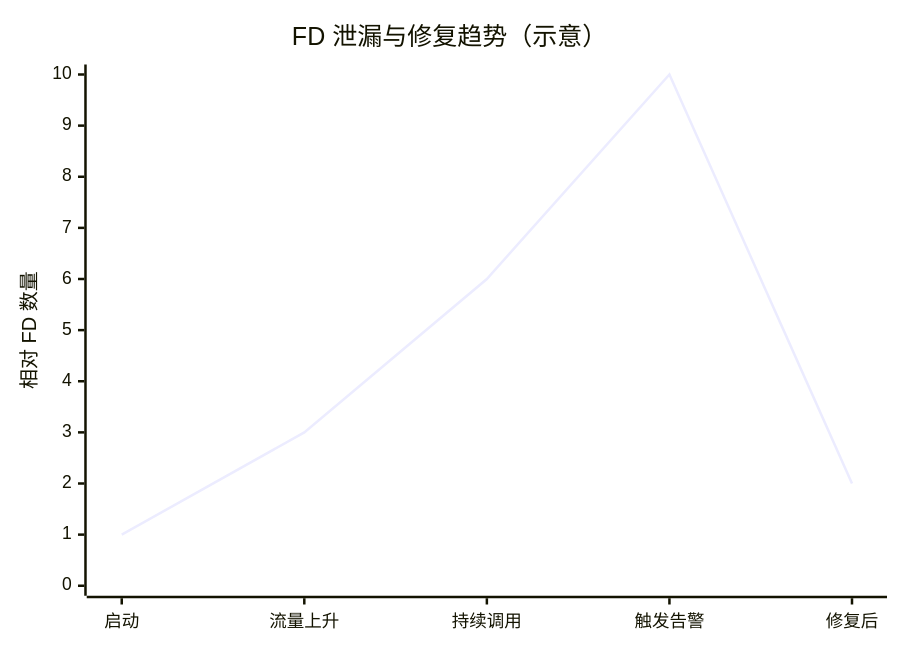
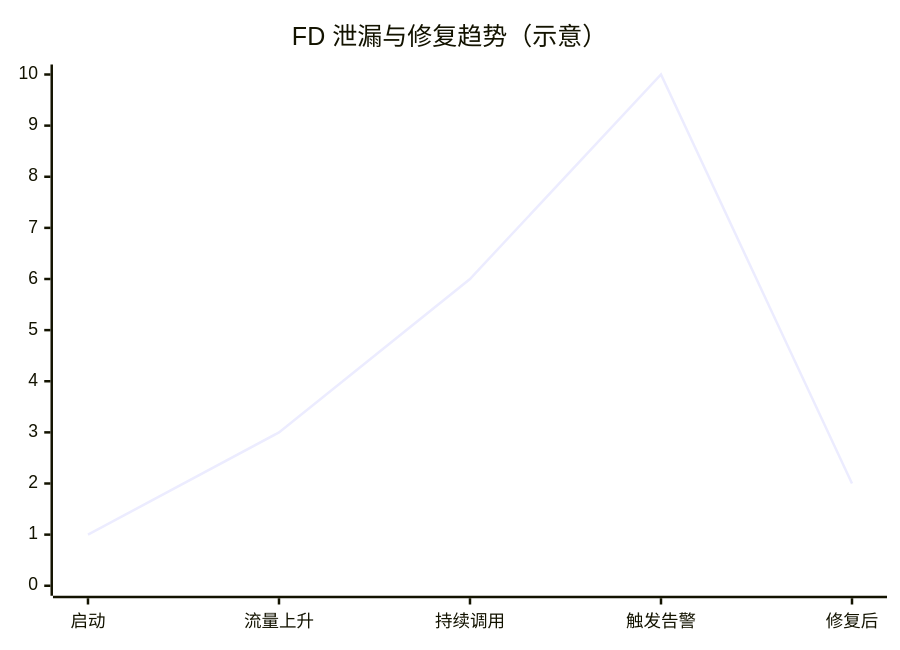
The diagram in content/post/study-fd/index.md (GODVvVZzz/godvvvzzz.github.io), drawn with Mermaid before and after one commit. The commit also changed 1 other file, not shown here.

Commit message:
fix: prevent Mermaid axis label overlap

````diff
--- a/content/post/study-fd/index.md
+++ b/content/post/study-fd/index.md
@@ -45,7 +45,7 @@
 ```mermaid
 xychart-beta
     title "FD 泄漏与修复趋势（示意）"
     x-axis ["启动", "流量上升", "持续调用", "触发告警", "修复后"]
-    y-axis "相对 FD 数量" 0 --> 10
+    y-axis 0 --> 10
     line [1, 3, 6, 10, 2]
 ```
````
